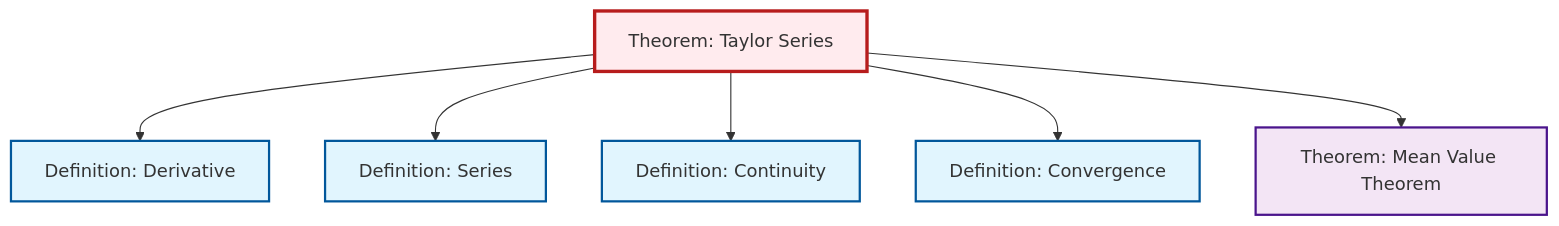
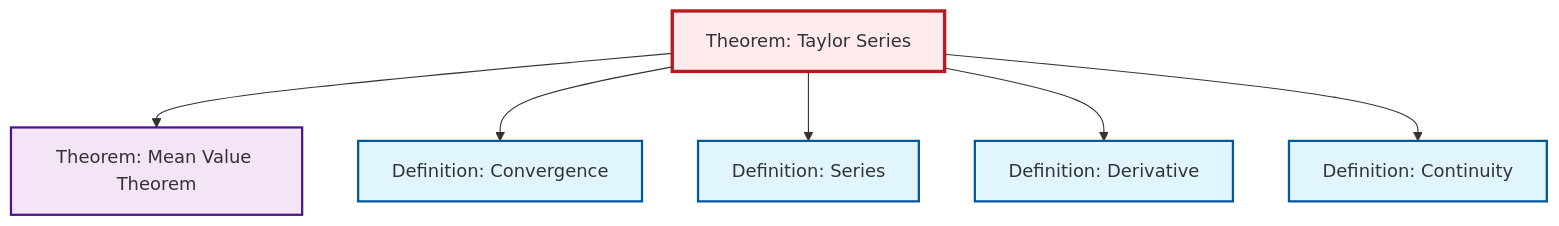
The diagram in content/ja/analysis/thm-taylor-series.qmd (RK0429/ModernMath), drawn with Mermaid before and after one commit. The commit also changed other lines of this file and 581 other files, not shown here.

````diff
--- a/content/ja/analysis/thm-taylor-series.qmd
+++ b/content/ja/analysis/thm-taylor-series.qmd
@@ -108,26 +108,26 @@
 ```{mermaid}
 %%| fig-cap: "Local dependency graph"
 graph TD
     classDef definition fill:#e1f5fe,stroke:#01579b,stroke-width:2px
     classDef theorem fill:#f3e5f5,stroke:#4a148c,stroke-width:2px
     classDef axiom fill:#fff3e0,stroke:#e65100,stroke-width:2px
     classDef example fill:#e8f5e9,stroke:#1b5e20,stroke-width:2px
     classDef current fill:#ffebee,stroke:#b71c1c,stroke-width:3px
-    def-continuity["Definition: Continuity"]:::definition
+    def-convergence["Definition: Convergence"]:::definition
     def-series["Definition: Series"]:::definition
     thm-mean-value["Theorem: Mean Value Theorem"]:::theorem
+    def-derivative["Definition: Derivative"]:::definition
     thm-taylor-series["Theorem: Taylor Series"]:::theorem
-    def-convergence["Definition: Convergence"]:::definition
-    def-derivative["Definition: Derivative"]:::definition
+    def-continuity["Definition: Continuity"]:::definition
+    thm-taylor-series --> thm-mean-value
+    thm-taylor-series --> def-convergence
+    thm-taylor-series --> def-series
     thm-taylor-series --> def-derivative
-    thm-taylor-series --> def-series
     thm-taylor-series --> def-continuity
-    thm-taylor-series --> def-convergence
-    thm-taylor-series --> thm-mean-value
     class thm-taylor-series current
-    click def-continuity "def-continuity.html" "Definition: Continuityへ"
+    click def-convergence "def-convergence.html" "Definition: Convergenceへ"
     click def-series "def-series.html" "Definition: Seriesへ"
     click thm-mean-value "thm-mean-value.html" "Theorem: Mean Value Theoremへ"
-    click def-convergence "def-convergence.html" "Definition: Convergenceへ"
     click def-derivative "def-derivative.html" "Definition: Derivativeへ"
+    click def-continuity "def-continuity.html" "Definition: Continuityへ"
 ```
````
